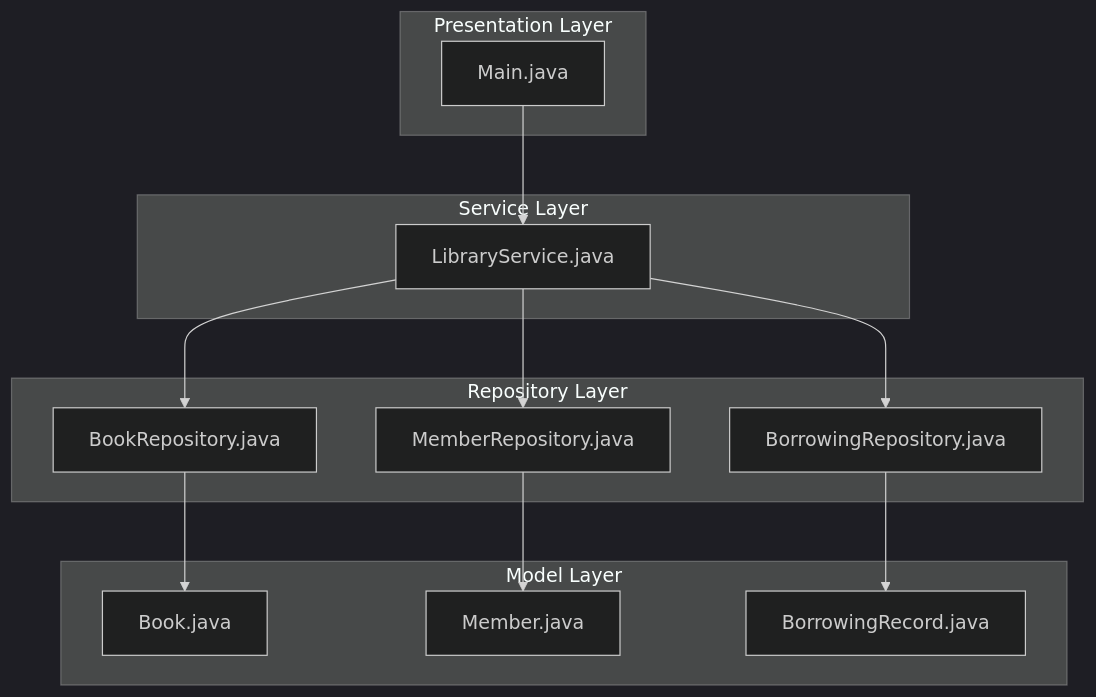
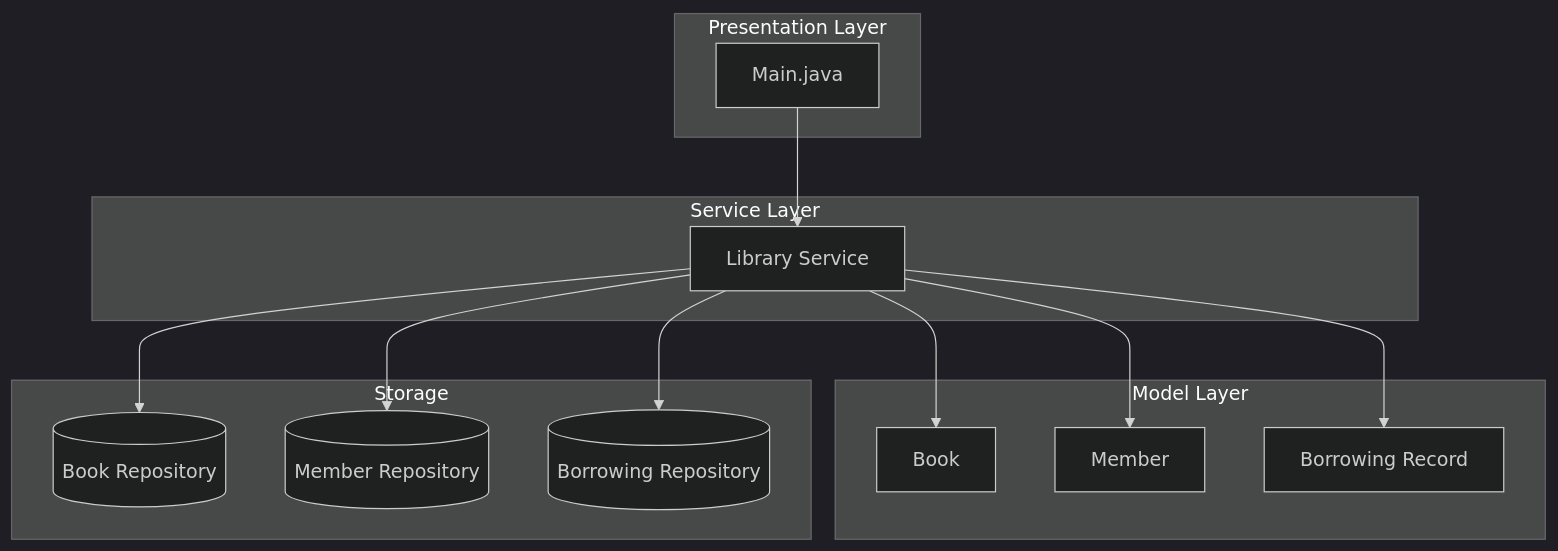
One commit to javaengineeringacademy/java-engineering-academy changed the first of 2 diagrams in 01-programming-languages/Java/02-oop/33-mini-projects/beginner/library-management/README.md. Above: the diagram before and after it, drawn with Mermaid (dark theme). The commit also changed other lines of this file and 48 other files, not shown here.

First line of the commit message:
fix: final polish for 10/10 - split long READMEs, fix duplicates, add diagrams

````diff
--- a/01-programming-languages/Java/02-oop/33-mini-projects/beginner/library-management/README.md
+++ b/01-programming-languages/Java/02-oop/33-mini-projects/beginner/library-management/README.md
@@ -45,30 +45,30 @@
 ```mermaid
 graph TB
     subgraph Presentation Layer
         Main[Main.java]
     end
     
     subgraph Service Layer
-        LS[LibraryService.java]
+        LibraryService[Library Service]
     end
     
     subgraph Model Layer
-        B[Book.java]
-        M[Member.java]
-        BR[BorrowingRecord.java]
+        Book[Book]
+        Member[Member]
+        BorrowingRecord[Borrowing Record]
     end
     
-    subgraph Repository Layer
-        BR_BOOK[BookRepository.java]
-        BR_MEM[MemberRepository.java]
-        BR_BOR[BorrowingRepository.java]
+    subgraph Storage
+        BookDB[(Book Repository)]
+        MemberDB[(Member Repository)]
+        BorrowingDB[(Borrowing Repository)]
     end
     
-    Main --> LS
-    LS --> BR_BOOK
-    LS --> BR_MEM
-    LS --> BR_BOR
-    BR_BOOK --> B
-    BR_MEM --> M
-    BR_BOR --> BR
+    Main --> LibraryService
+    LibraryService --> Book
+    LibraryService --> Member
+    LibraryService --> BorrowingRecord
+    LibraryService --> BookDB
+    LibraryService --> MemberDB
+    LibraryService --> BorrowingDB
 ```
````
